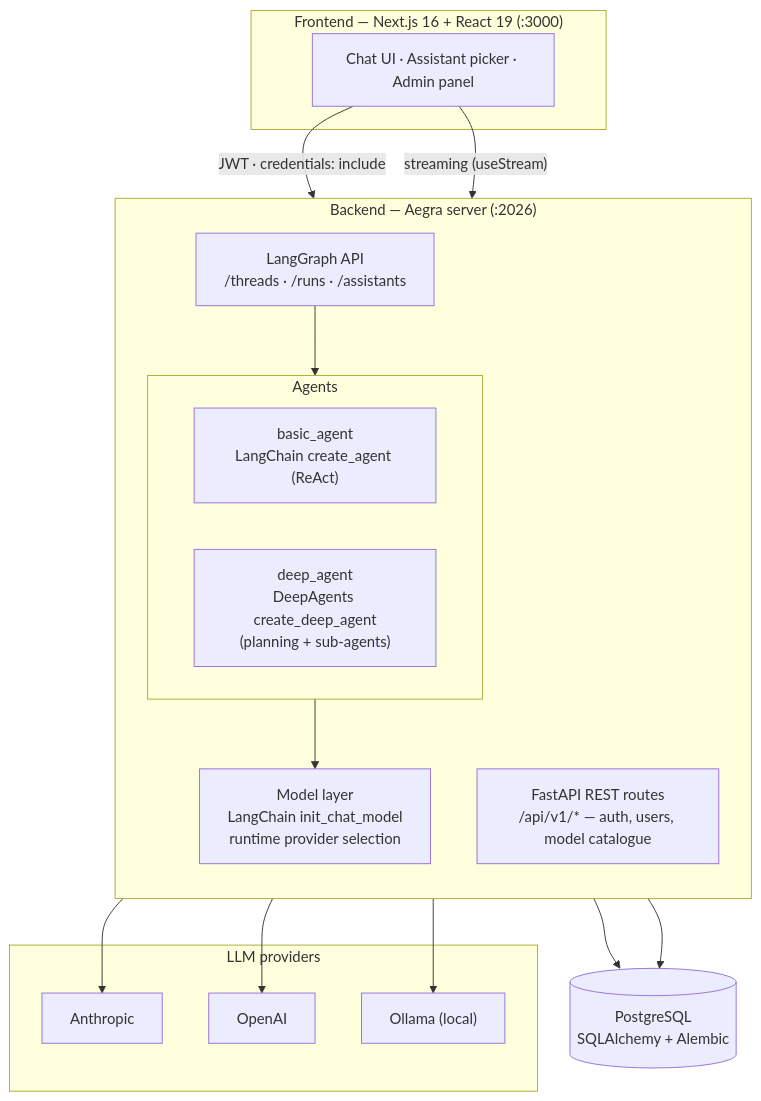
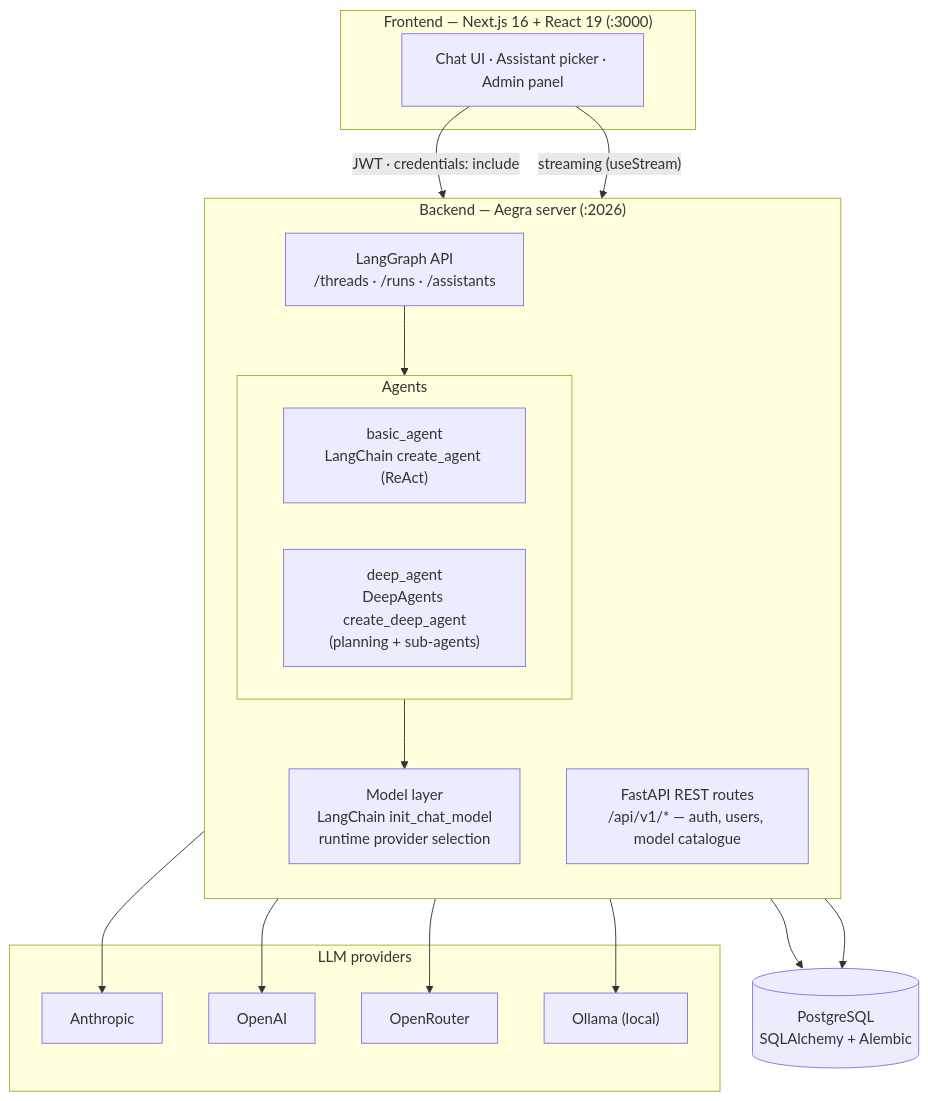
Before and after one commit to luizsimoesai/agents-project-template: the diagram in README.md, drawn with Mermaid. The commit also changed other lines of this file and 6 other files, not shown here.

First line of the commit message:
docs: add license, contributing, screenshots, and OpenRouter

````diff
--- a/README.md
+++ b/README.md
@@ -36,38 +39,40 @@
 ```mermaid
 flowchart TB
     subgraph Client["Frontend — Next.js 16 + React 19 (:3000)"]
         UI["Chat UI · Assistant picker · Admin panel"]
     end
 
     subgraph Server["Backend — Aegra server (:2026)"]
         direction TB
         REST["FastAPI REST routes<br/>/api/v1/* — auth, users, model catalogue"]
         LG["LangGraph API<br/>/threads · /runs · /assistants"]
 
         subgraph Agents["Agents"]
             direction LR
             BASIC["basic_agent<br/>LangChain create_agent (ReAct)"]
             DEEP["deep_agent<br/>DeepAgents create_deep_agent<br/>(planning + sub-agents)"]
         end
 
         MODEL["Model layer<br/>LangChain init_chat_model<br/>runtime provider selection"]
     end
 
     subgraph Providers["LLM providers"]
         ANTH["Anthropic"]
         OAI["OpenAI"]
+        OR["OpenRouter"]
         OLL["Ollama (local)"]
     end
 
     DB[("PostgreSQL<br/>SQLAlchemy + Alembic")]
 
     UI -->|"JWT · credentials: include"| REST
     UI -->|"streaming (useStream)"| LG
     LG --> Agents
     Agents --> MODEL
     MODEL --> ANTH
     MODEL --> OAI
+    MODEL --> OR
     MODEL --> OLL
     REST --> DB
     LG --> DB
 ```
````
